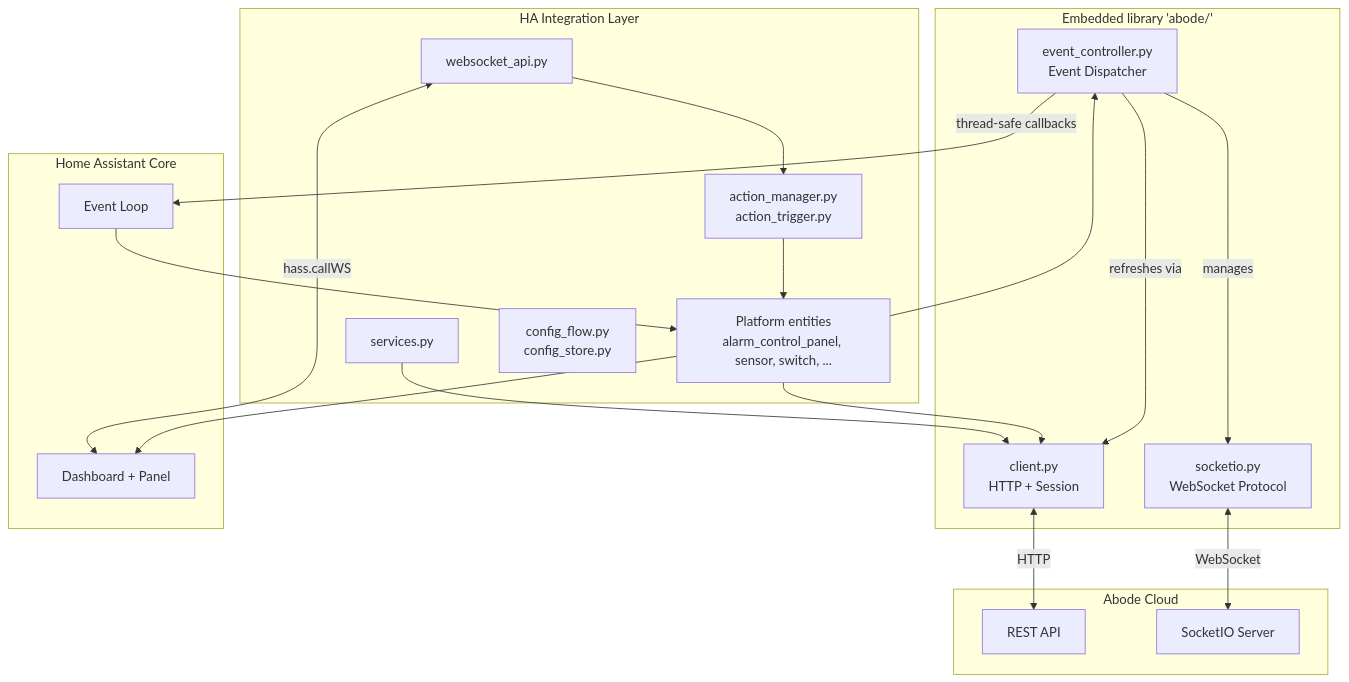
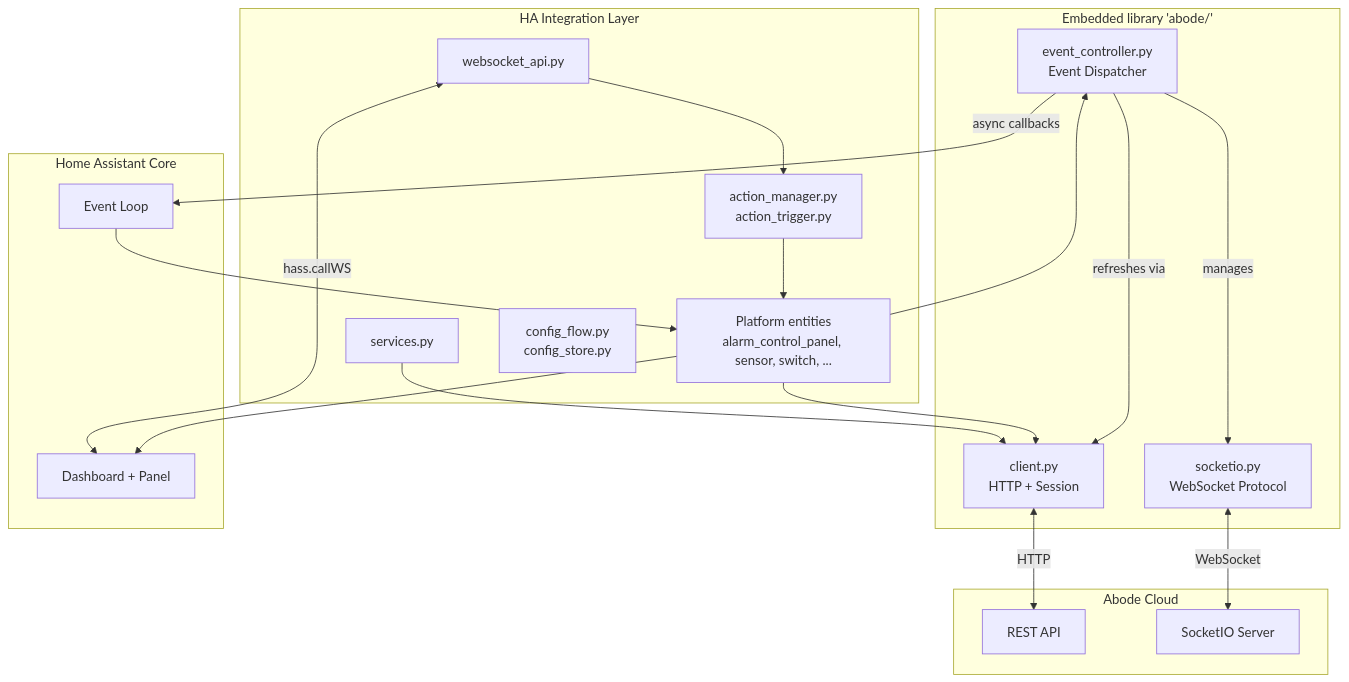
One commit to molant/abode-security changed the first of 3 diagrams in docs/ARCHITECTURE.md. Above: the diagram before and after it, drawn with Mermaid. The commit also changed other lines of this file and 1 other file, not shown here.

Commit message:
docs(abode-fork-modernization): update ARCHITECTURE.md for post-lomond async model (phase 4E)

````diff
--- a/docs/ARCHITECTURE.md
+++ b/docs/ARCHITECTURE.md
@@ -7,41 +7,41 @@
 ```mermaid
 flowchart TB
     subgraph Cloud[Abode Cloud]
         API[REST API]
         WS[SocketIO Server]
     end
 
     subgraph Lib[Embedded library 'abode/']
         Client[client.py<br/>HTTP + Session]
         EC[event_controller.py<br/>Event Dispatcher]
         SIO[socketio.py<br/>WebSocket Protocol]
 
         Client <-->|HTTP| API
         SIO <-->|WebSocket| WS
         EC -->|manages| SIO
         EC -->|refreshes via| Client
     end
 
     subgraph Outer[HA Integration Layer]
         Platforms[Platform entities<br/>alarm_control_panel, sensor, switch, ...]
         Services[services.py]
         Actions[action_manager.py<br/>action_trigger.py]
         WSAPI[websocket_api.py]
         ConfigFlow[config_flow.py<br/>config_store.py]
     end
 
     subgraph HA[Home Assistant Core]
         Loop[Event Loop]
         UI[Dashboard + Panel]
     end
 
     Platforms --> Client
     Platforms --> EC
     Services --> Client
     Actions --> Platforms
     WSAPI --> Actions
-    EC -->|thread-safe callbacks| Loop
+    EC -->|async callbacks| Loop
     Loop --> Platforms
     Platforms --> UI
     WSAPI <-->|hass.callWS| UI
 ```
````
